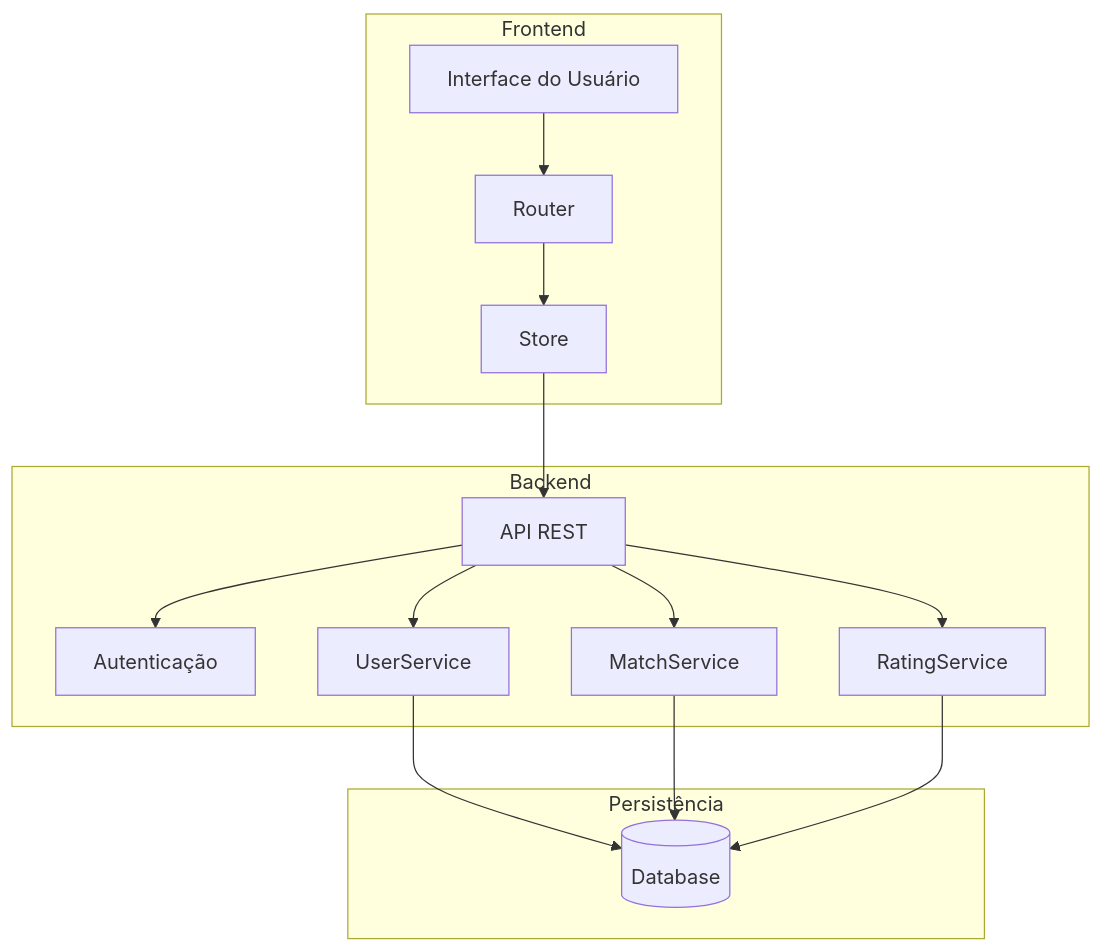
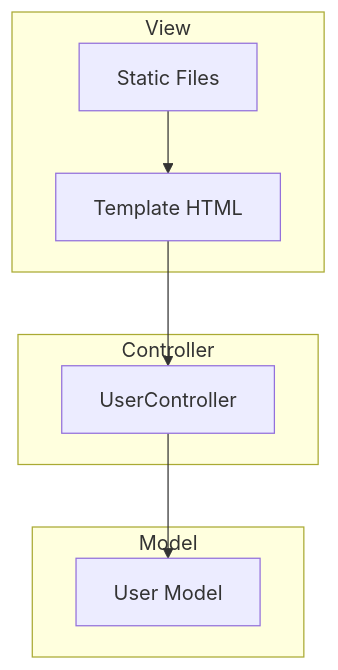
The diagram in README.md (raphaelfk/mc426), drawn with Mermaid before and after one commit. The commit also changed other lines of this file and 5 other files, not shown here.

Commit message:
Refactor to MVC architecture

````diff
--- a/README.md
+++ b/README.md
@@ -21,31 +21,19 @@
 ```mermaid
 graph TB
-    subgraph "Frontend"
-        UI[Interface do Usuário]
-        Router[Router]
-        Store[Store]
+    subgraph "View"
+        Template[Template HTML]
+        Static[Static Files]
     end
 
-    subgraph "Backend"
-        API[API REST]
-        Auth[Autenticação]
-        UserService[UserService]
-        MatchService[MatchService]
-        RatingService[RatingService]
+    subgraph "Controller"
+        UserController[UserController]
     end
 
-    subgraph "Persistência"
-        DB[(Database)]
+    subgraph "Model"
+        User[User Model]
     end
 
-    UI --> Router
-    Router --> Store
-    Store --> API
-    API --> Auth
-    API --> UserService
-    API --> MatchService
-    API --> RatingService
-    UserService --> DB
-    MatchService --> DB
-    RatingService --> DB
+    Template --> UserController
+    Static --> Template
+    UserController --> User
 ```
````
